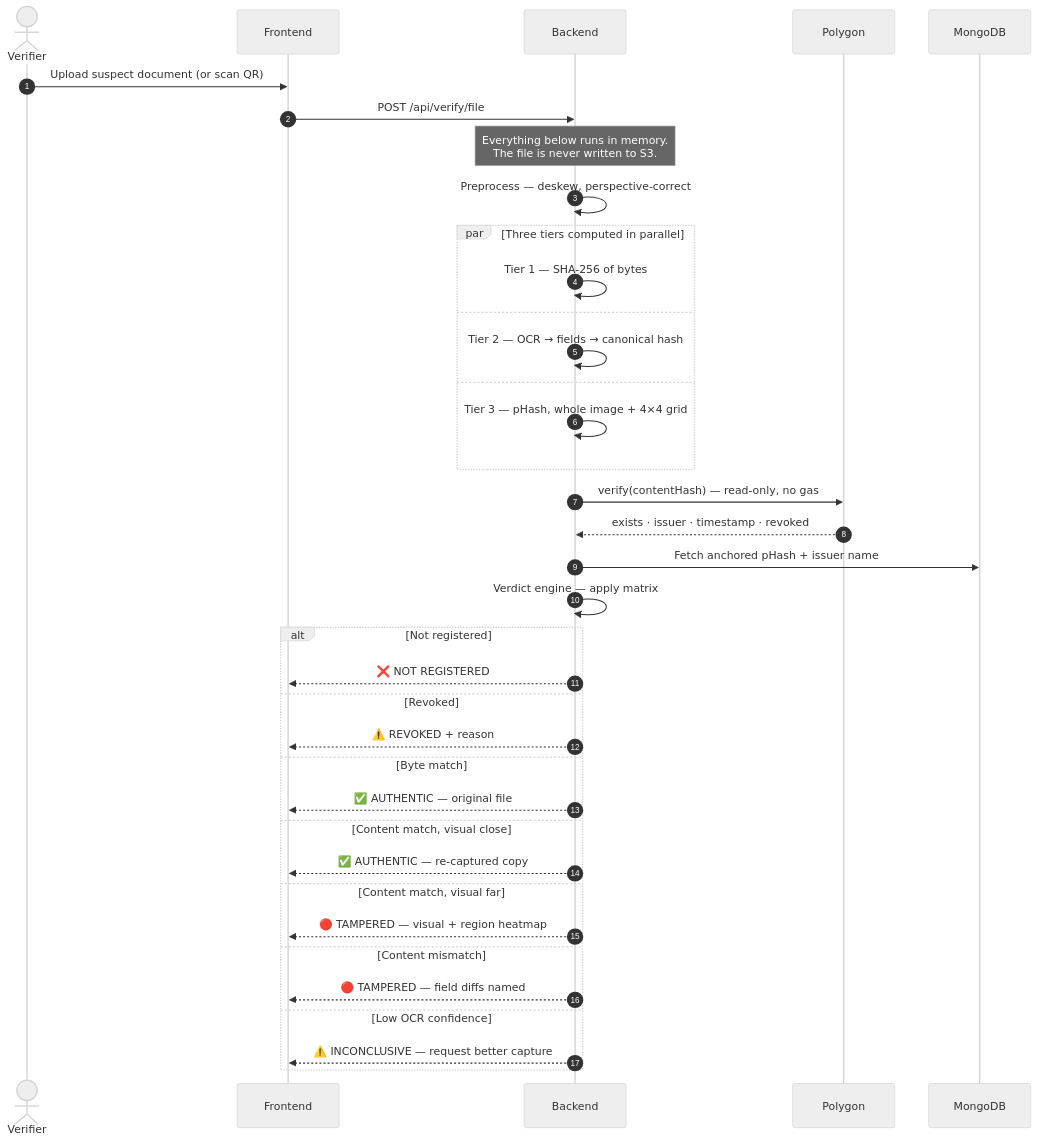
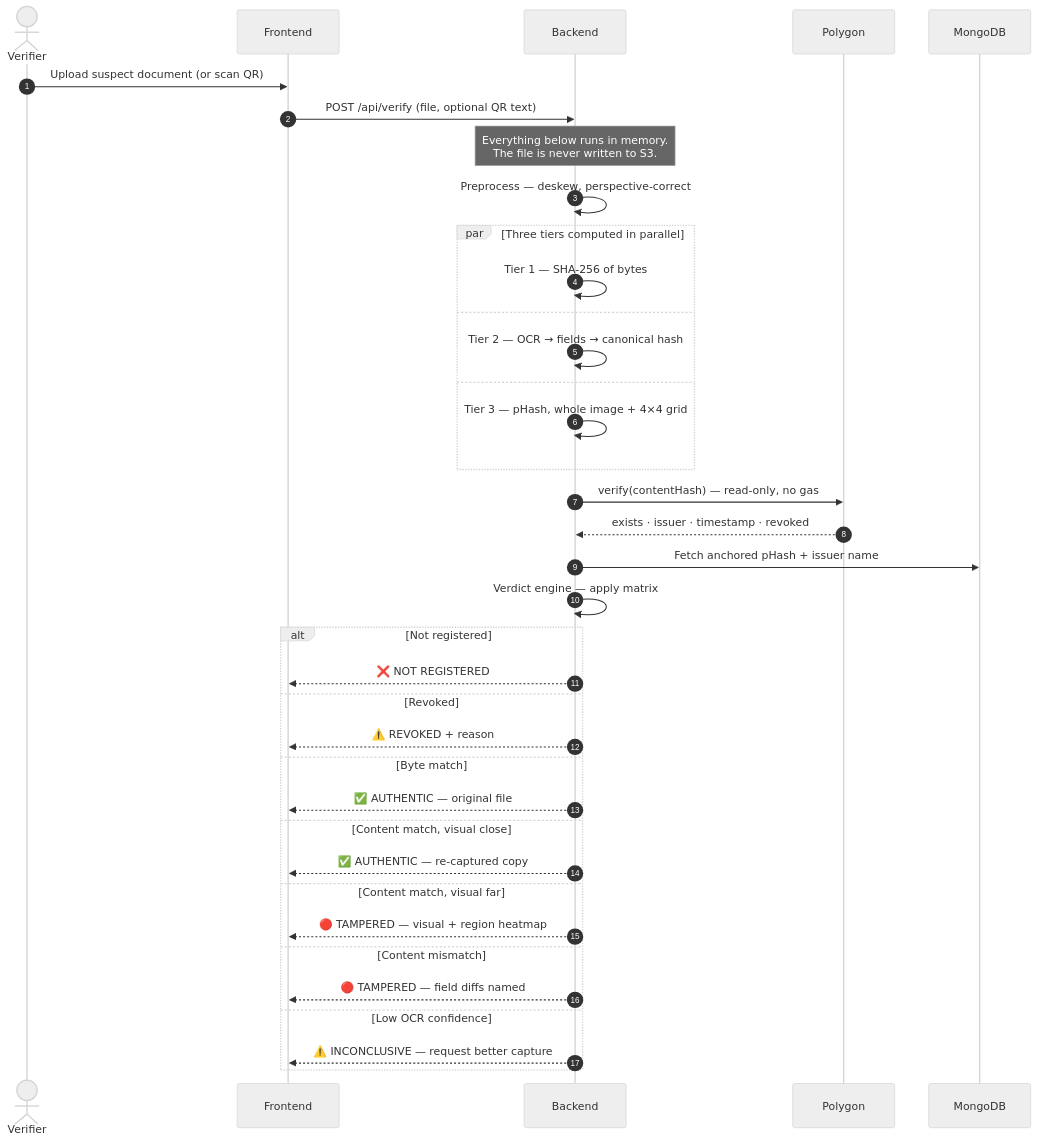
One commit to jpsiddharth2008/MindForge-Tatva-Finals changed the fourth of 4 diagrams in README.md. Above: the diagram before and after it, drawn with Mermaid (neutral theme). The commit also changed other lines of this file and 39 other files, not shown here.

````diff
--- a/README.md
+++ b/README.md
@@ -298,44 +298,44 @@
 ```mermaid
 sequenceDiagram
     autonumber
     actor V as Verifier
     participant FE as Frontend
     participant API as Backend
     participant BC as Polygon
     participant DB as MongoDB
 
     V->>FE: Upload suspect document (or scan QR)
-    FE->>API: POST /api/verify/file
+    FE->>API: POST /api/verify (file, optional QR text)
     Note over API: Everything below runs in memory.<br/>The file is never written to S3.
 
     API->>API: Preprocess — deskew, perspective-correct
     par Three tiers computed in parallel
         API->>API: Tier 1 — SHA-256 of bytes
     and
         API->>API: Tier 2 — OCR → fields → canonical hash
     and
         API->>API: Tier 3 — pHash, whole image + 4×4 grid
     end
 
     API->>BC: verify(contentHash) — read-only, no gas
     BC-->>API: exists · issuer · timestamp · revoked
     API->>DB: Fetch anchored pHash + issuer name
 
     API->>API: Verdict engine — apply matrix
 
     alt Not registered
         API-->>FE: ❌ NOT REGISTERED
     else Revoked
         API-->>FE: ⚠️ REVOKED + reason
     else Byte match
         API-->>FE: ✅ AUTHENTIC — original file
     else Content match, visual close
         API-->>FE: ✅ AUTHENTIC — re-captured copy
     else Content match, visual far
         API-->>FE: 🔴 TAMPERED — visual + region heatmap
     else Content mismatch
         API-->>FE: 🔴 TAMPERED — field diffs named
     else Low OCR confidence
         API-->>FE: ⚠️ INCONCLUSIVE — request better capture
     end
 ```
````
